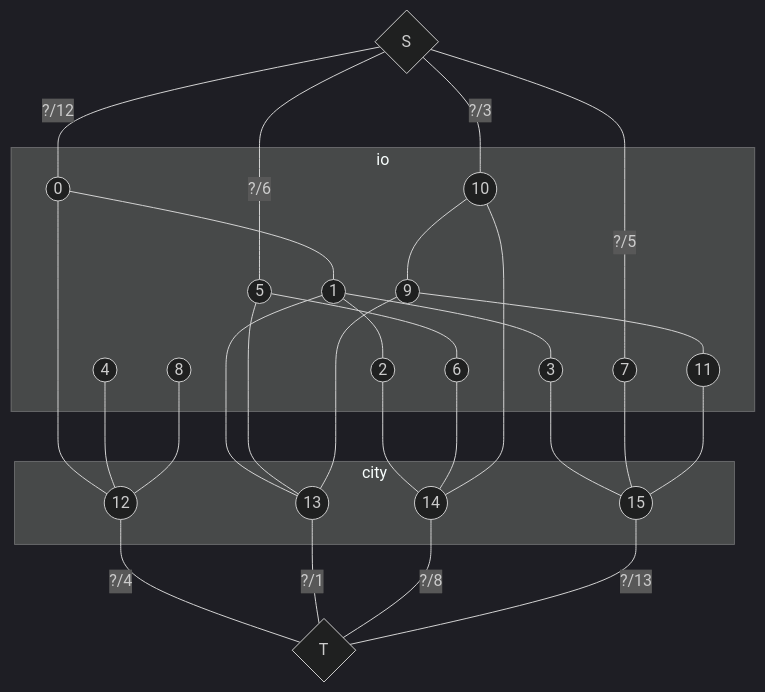
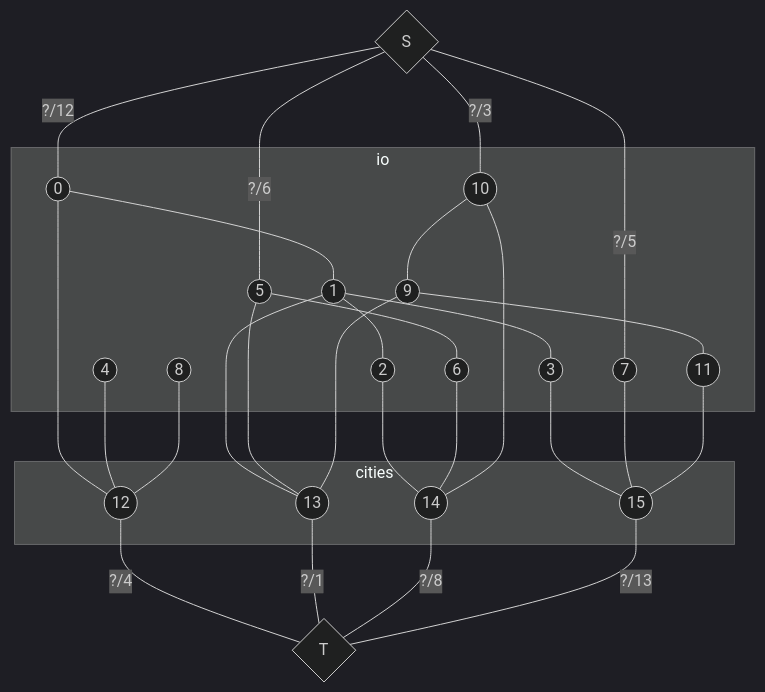
The third of 3 diagrams in sem2/AuW/UE/cx/bf/cx12-great-harvest.md (bfeitknecht/vault), drawn with Mermaid (dark theme) before and after one commit. The commit also changed 1 other file, not shown here.

Commit message:
backup: 2024-07-02 13:31:00 from MacBook Pro (echo)
Affected files:
.obsidian/appearance.json
sem2/AuW/UE/cx/bf/cx12-great-harvest.md

````diff
--- a/sem2/AuW/UE/cx/bf/cx12-great-harvest.md
+++ b/sem2/AuW/UE/cx/bf/cx12-great-harvest.md
@@ -80,82 +80,82 @@
 ```mermaid
 flowchart TD
 
 idS{"S"}
 idT{"T"}
 
 %% variety 1
 id1a((0))
 id2a((1))
 id3a((2))
 id4a((3))
 
 %% variety 2
 id1b((4))
 id2b((5))
 id3b((6))
 id4b((7))
 
 %% variety 3
 id1c((8))
 id2c((9))
 id3c((10))
 id4c((11))
 
 %% cities
 id1((12))
 id2((13))
 id3((14))
 id4((15))
   
 
 %%%%%%%%%%%%%%%%%%%%%%%%%%%%%%%%%%%%%%%%%%%%
 
 idS ---|"?/12"| id1a
 idS ---|"?/6"| id2b
 idS ---|"?/3"| id3c
 idS ---|"?/5"| id4b
 
 subgraph io
 	id1a
 	id2a
 	id3a
 	id4a
 	
 	id1b
 	id2b
 	id3b
 	id4b
 	
 	id1c
 	id2c
 	id3c
 	id4c
 end
 
-subgraph city
-id1
-id2
-id3
-id4
+subgraph cities
+	id1
+	id2
+	id3
+	id4
 end
 
 id1a & id1b & id1c --- id1
 id2a & id2b & id2c --- id2
 id3a & id3b & id3c --- id3
 id4a & id4b & id4c --- id4
 
 id1a --- id2a
 
 id2a --- id3a & id4a
 id2b --- id3b
 id2c --- id4c
 
 id3c --- id2c
 
 id1 ---|"?/4"| idT
 id2 ---|"?/1"| idT
 id3 ---|"?/8"| idT
 id4 ---|"?/13"| idT
 
 
 ```
````
